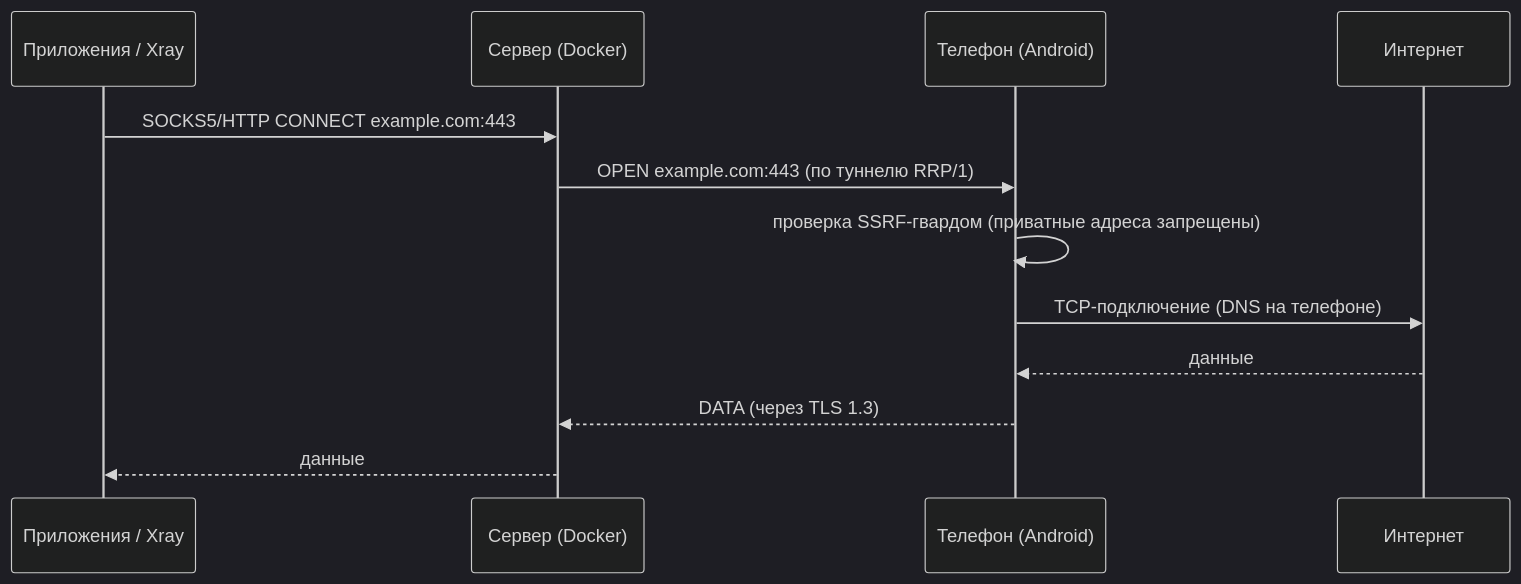
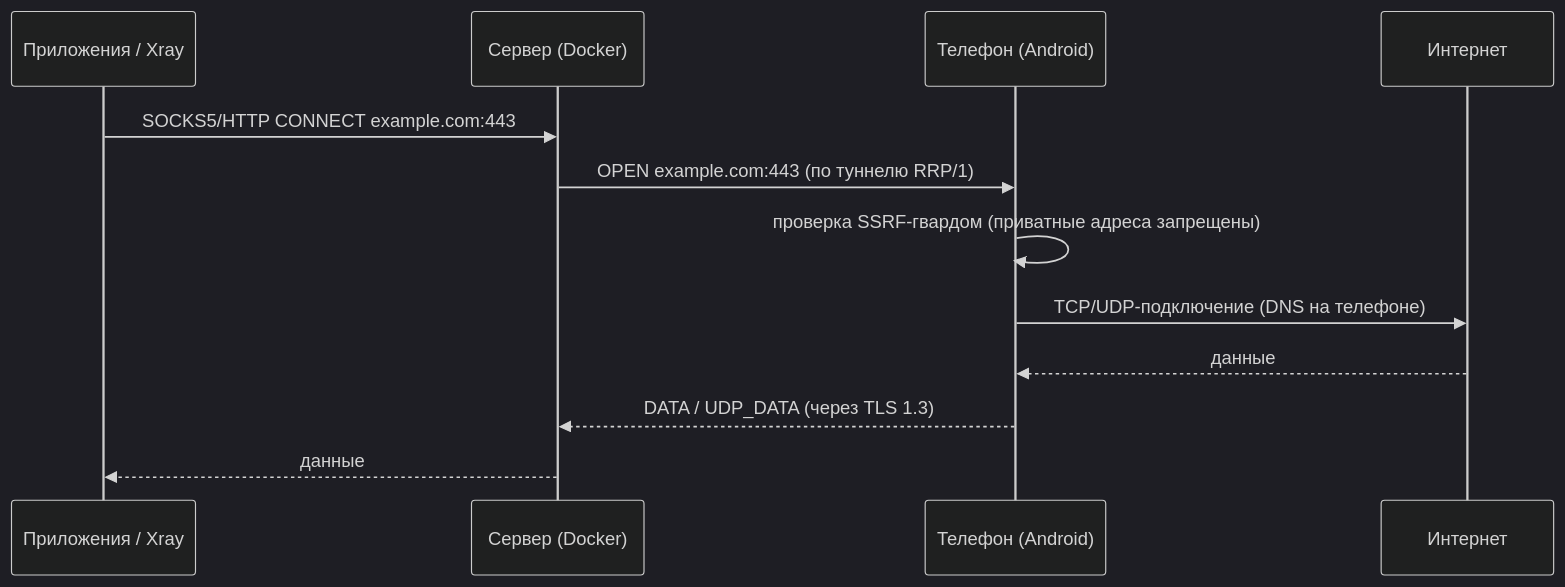
The first of 2 diagrams in README.md (stelgen/reverseray), drawn with Mermaid (dark theme) before and after one commit. The commit also changed other lines of this file and 4 other files, not shown here.

````diff
--- a/README.md
+++ b/README.md
@@ -33,15 +33,15 @@
 ```mermaid
 sequenceDiagram
     participant A as Приложения / Xray
     participant S as Сервер (Docker)
     participant P as Телефон (Android)
     participant N as Интернет
 
     A->>S: SOCKS5/HTTP CONNECT example.com:443
     S->>P: OPEN example.com:443 (по туннелю RRP/1)
     P->>P: проверка SSRF-гвардом (приватные адреса запрещены)
-    P->>N: TCP-подключение (DNS на телефоне)
+    P->>N: TCP/UDP-подключение (DNS на телефоне)
     N-->>P: данные
-    P-->>S: DATA (через TLS 1.3)
+    P-->>S: DATA / UDP_DATA (через TLS 1.3)
     S-->>A: данные
 ```
````
